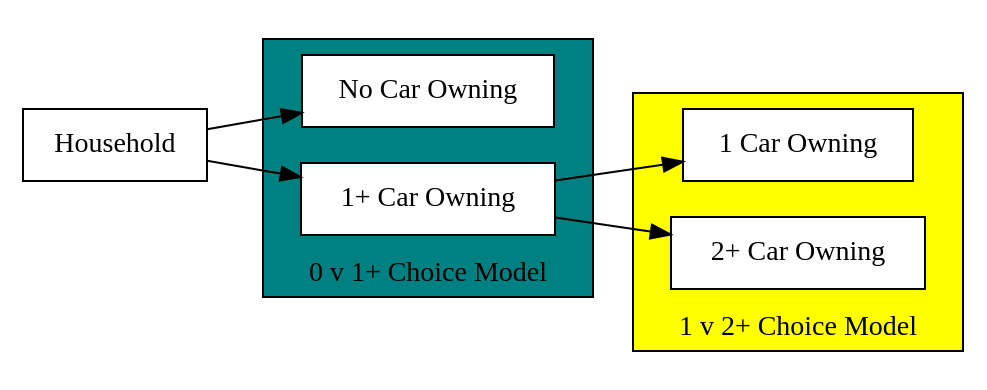
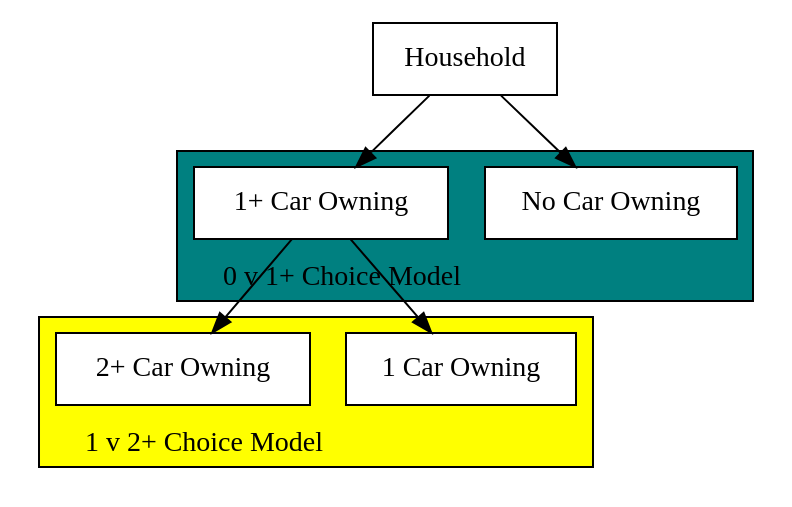
One commit to Transport-for-the-North/Land-Use changed the diagram in docs/norcom.rst. Above: the diagram before and after it, drawn with Graphviz.

Commit message:
Flow chart update

```diff
--- a/docs/norcom.rst
+++ b/docs/norcom.rst
@@ -27,37 +27,37 @@
 .. graphviz::
 
     digraph G {
-      rankdir="LR"
+      rankdir="TB"
       node [shape=rectangle fillcolor="white"]
 
       subgraph cluster_car_owner {
         style=filled;
         bgcolor="teal";
         label="0 v 1+ Choice Model";
         labeljust="l";
         labelloc="b";
         node [style=filled; fillcolor=white]
         no_car [label="No Car Owning"];
         car_owning [label="1+ Car Owning"];
 
       }
 
       subgraph cluster_multi_car_owner {
         style=filled;
         bgcolor="yellow";
         label="1 v 2+ Choice Model";
         labeljust="l";
         labelloc="b";
         node [style=filled; fillcolor=white]
         single_car [label="1 Car Owning"];
         multi_car [label="2+ Car Owning"];
       }
 
       household [label="Household"]
 
       household -> no_car
       household -> car_owning
 
       car_owning -> single_car
       car_owning -> multi_car
     }
```
